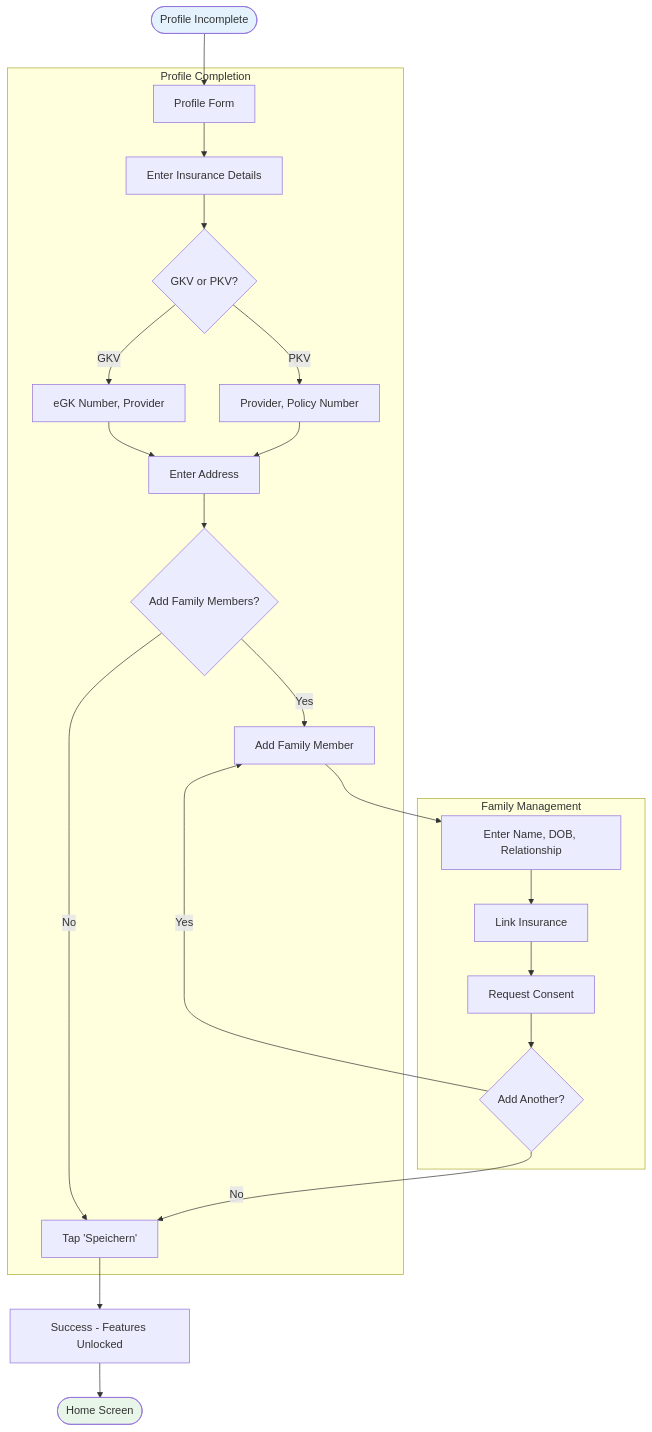
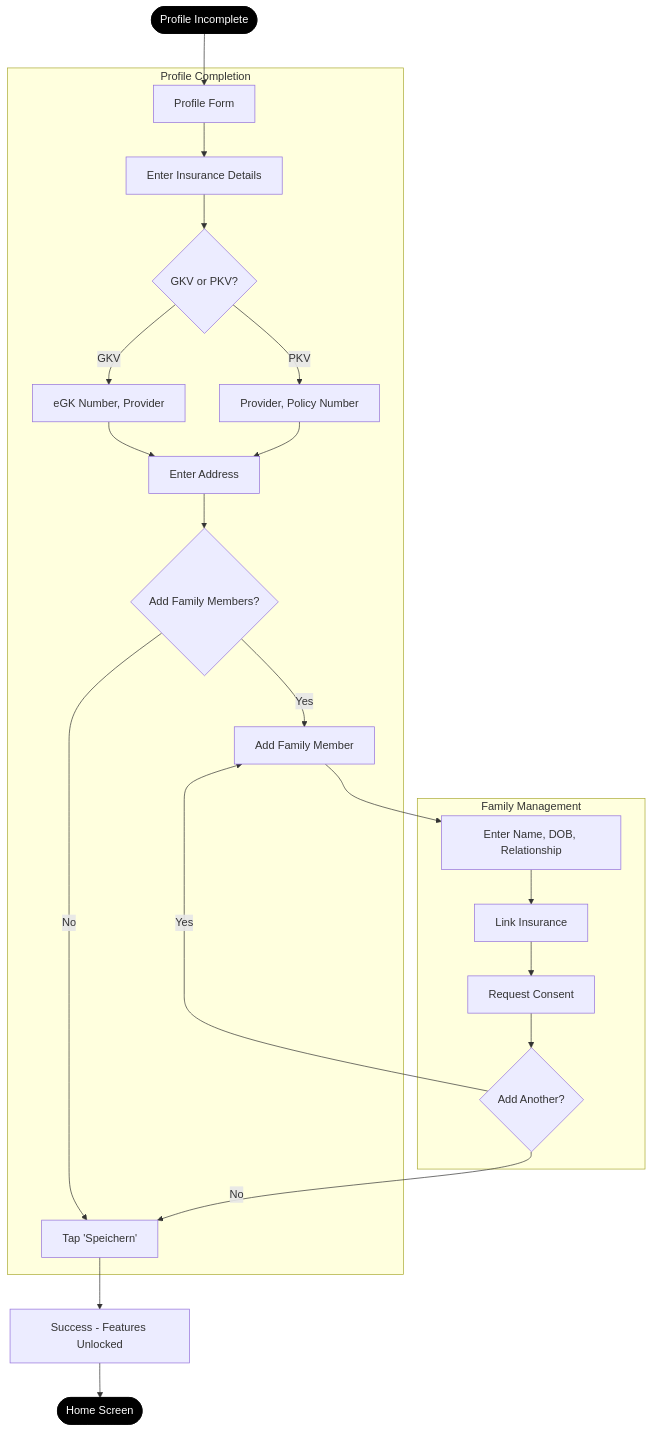
Before and after one commit to tini-works/proto-medalpha: the second of 9 diagrams in docs/USER-FLOWS.md, drawn with Mermaid. The commit also changed other lines of this file and 99 other files, not shown here.

````diff
--- a/docs/USER-FLOWS.md
+++ b/docs/USER-FLOWS.md
@@ -99,34 +99,34 @@
 ```mermaid
 flowchart TD
     START([Profile Incomplete]) --> FORM[Profile Form]
 
     subgraph PROFILE_FORM["Profile Completion"]
         FORM --> INS[Enter Insurance Details]
         INS --> INS_TYPE{GKV or PKV?}
         INS_TYPE -->|GKV| GKV_FIELDS[eGK Number, Provider]
         INS_TYPE -->|PKV| PKV_FIELDS[Provider, Policy Number]
         GKV_FIELDS --> ADDR
         PKV_FIELDS --> ADDR
 
         ADDR[Enter Address]
         ADDR --> FAMILY_Q{Add Family Members?}
         FAMILY_Q -->|Yes| FAMILY_ADD
         FAMILY_Q -->|No| SAVE
     end
 
     subgraph FAMILY_FLOW["Family Management"]
         FAMILY_ADD[Add Family Member]
         FAMILY_ADD --> FAM_DETAILS[Enter Name, DOB, Relationship]
         FAM_DETAILS --> FAM_INS[Link Insurance]
         FAM_INS --> CONSENT[Request Consent]
         CONSENT --> MORE_FAM{Add Another?}
         MORE_FAM -->|Yes| FAMILY_ADD
         MORE_FAM -->|No| SAVE
     end
 
     SAVE[Tap 'Speichern'] --> SUCCESS[Success - Features Unlocked]
     SUCCESS --> HOME([Home Screen])
 
-    style START fill:#e3f2fd
-    style HOME fill:#e8f5e9
+    style START fill:#000000,stroke:#000000,color:#ffffff
+    style HOME fill:#000000,stroke:#000000,color:#ffffff
 ```
````
